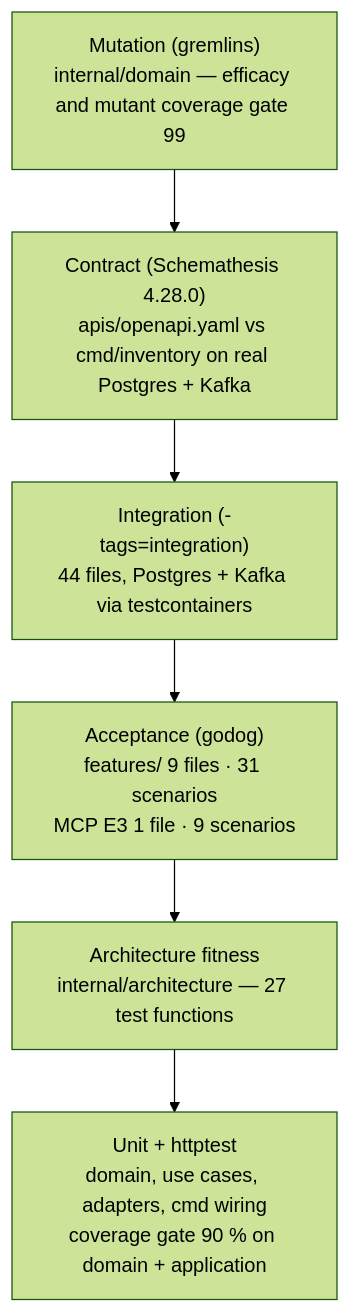
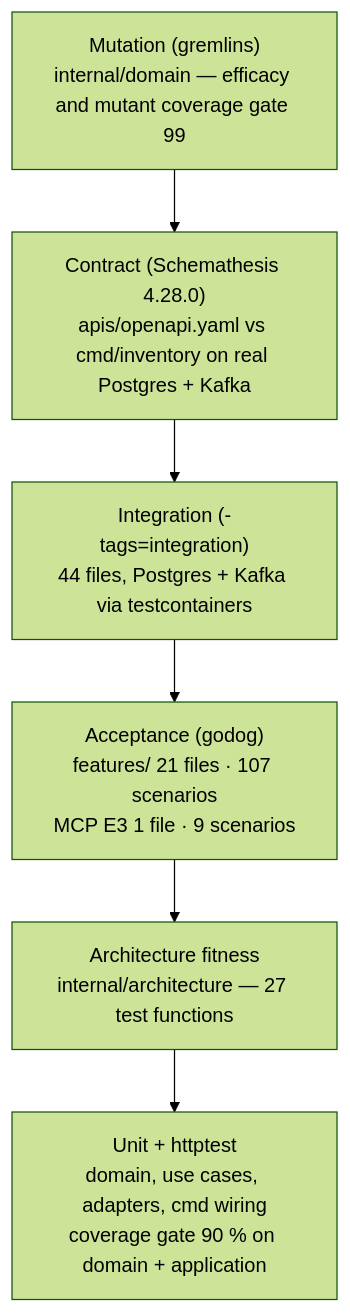
Before and after one commit to IQVO/inventory-storage: the diagram in docs/docs/development/testing.md, drawn with Mermaid (forest theme). The commit also changed other lines of this file and 1 other file, not shown here.

Commit message:
docs: correct the ADR and godog feature counts (52 ADRs, 21 feature files)

````diff
--- a/docs/docs/development/testing.md
+++ b/docs/docs/development/testing.md
@@ -14,10 +15,10 @@
 ```mermaid
 flowchart TB
   MUT["Mutation (gremlins)<br/>internal/domain — efficacy and mutant coverage gate 99"]
   CON["Contract (Schemathesis 4.28.0)<br/>apis/openapi.yaml vs cmd/inventory on real Postgres + Kafka"]
   INT["Integration (-tags=integration)<br/>44 files, Postgres + Kafka via testcontainers"]
-  BDD["Acceptance (godog)<br/>features/ 9 files · 31 scenarios<br/>MCP E3 1 file · 9 scenarios"]
+  BDD["Acceptance (godog)<br/>features/ 21 files · 107 scenarios<br/>MCP E3 1 file · 9 scenarios"]
   ARCH["Architecture fitness<br/>internal/architecture — 27 test functions"]
   UNIT["Unit + httptest<br/>domain, use cases, adapters, cmd wiring<br/>coverage gate 90 % on domain + application"]
   MUT --> CON --> INT --> BDD --> ARCH --> UNIT
 ```
````
